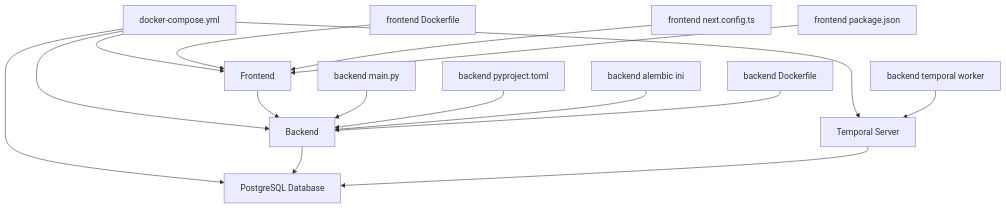
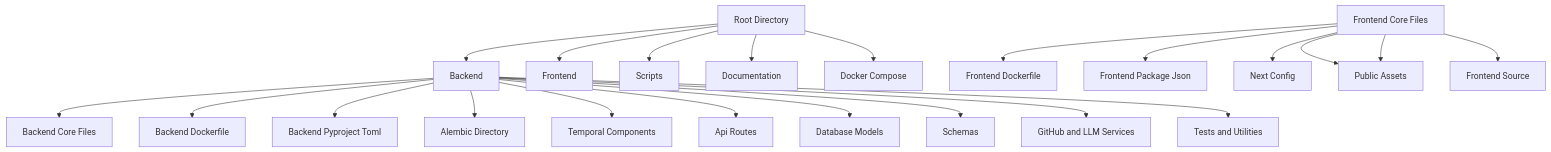
Before and after one commit to shrikanthv15/Git-Repo-Organizer: the diagram in README.md, drawn with Mermaid. The commit also changed other lines of this file, not shown here.

Commit message:
🌿 Gardener: Enhanced Documentation

````diff
--- a/README.md
+++ b/README.md
@@ -9,32 +7,53 @@
 ```mermaid
 graph TD
-  Backend[Backend]
-  Frontend[Frontend]
-  Temporal[Temporal Server]
-  Database[PostgreSQL Database]
-  DockerCompose[docker-compose.yml]
-  BackendMain[backend main.py]
-  BackendPy[backend pyproject.toml]
-  AlembicIni[backend alembic ini]
-  BackendDocker[backend Dockerfile]
-  FrontendDocker[frontend Dockerfile]
-  FrontendNextConfig[frontend next.config.ts]
-  FrontendPkg[frontend package.json]
-  TemporalWorker[backend temporal worker]
+Root[Root Directory]
+BackendBackend[Backend]
+FrontendFrontend[Frontend]
+ScriptsScripts[Scripts]
+DocsDocs[Documentation]
+DockerComposeFile[Docker Compose]
 
-  DockerCompose --> Backend
-  DockerCompose --> Frontend
-  DockerCompose --> Temporal
-  DockerCompose --> Database
-  Backend --> Database
-  Temporal --> Database
-  Frontend --> Backend
-  BackendMain --> Backend
-  BackendPy --> Backend
-  AlembicIni --> Backend
-  BackendDocker --> Backend
-  FrontendDocker --> Frontend
-  FrontendNextConfig --> Frontend
-  FrontendPkg --> Frontend
-  TemporalWorker --> Temporal
+Root --> BackendBackend
+Root --> FrontendFrontend
+Root --> ScriptsScripts
+Root --> DockerComposeFile
+Root --> DocsDocs
+
+BackendBackendMain[Backend Core Files]
+BackendBackendDocker[Backend Dockerfile]
+BackendBackendPyproj[Backend Pyproject Toml]
+BackendAlembicDir[Alembic Directory]
+BackendTemporalDir[Temporal Components]
+BackendApiRoutes[Api Routes]
+BackendModels[Database Models]
+BackendSchemas[Schemas]
+BackendServices[GitHub and LLM Services]
+BackendTests[Tests and Utilities]
+
+FrontendFrontendMain[Frontend Core Files]
+FrontendFrontendDocker[Frontend Dockerfile]
+FrontendPackageJson[Frontend Package Json]
+FrontendNextConfig[Next Config]
+FrontendPublic[Public Assets]
+FrontendSrc[Frontend Source]
+
+BackendBackend --> BackendBackendMain
+BackendBackend --> BackendBackendDocker
+BackendBackend --> BackendBackendPyproj
+BackendBackend --> BackendAlembicDir
+BackendBackend --> BackendTemporalDir
+BackendBackend --> BackendApiRoutes
+BackendBackend --> BackendModels
+BackendBackend --> BackendSchemas
+BackendBackend --> BackendServices
+BackendBackend --> BackendTests
+
+FrontendFrontendMain --> FrontendFrontendDocker
+FrontendFrontendMain --> FrontendPackageJson
+FrontendFrontendMain --> FrontendNextConfig
+FrontendFrontendMain --> FrontendPublic
+FrontendFrontendMain --> FrontendSrc
+FrontendFrontendMain --> FrontendPublic
+
+DockerComposeFile
 ```
````
